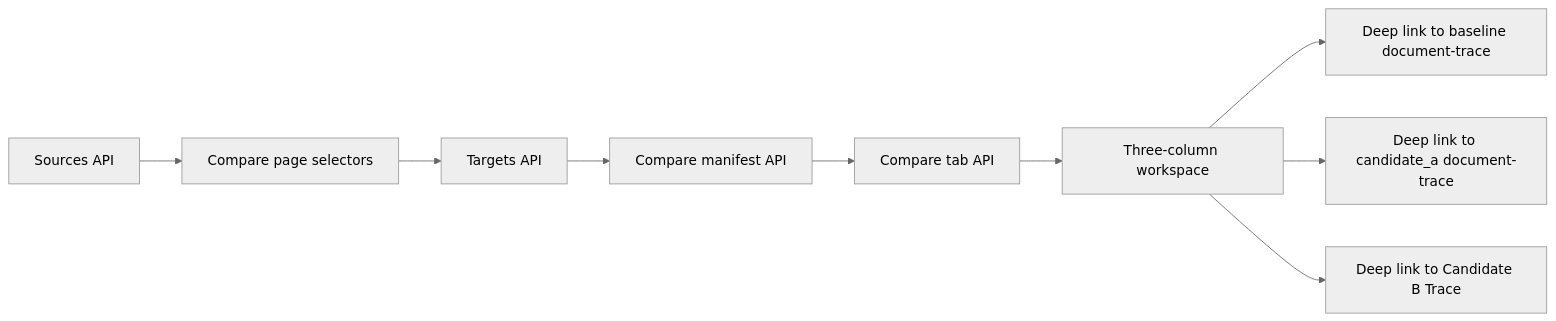
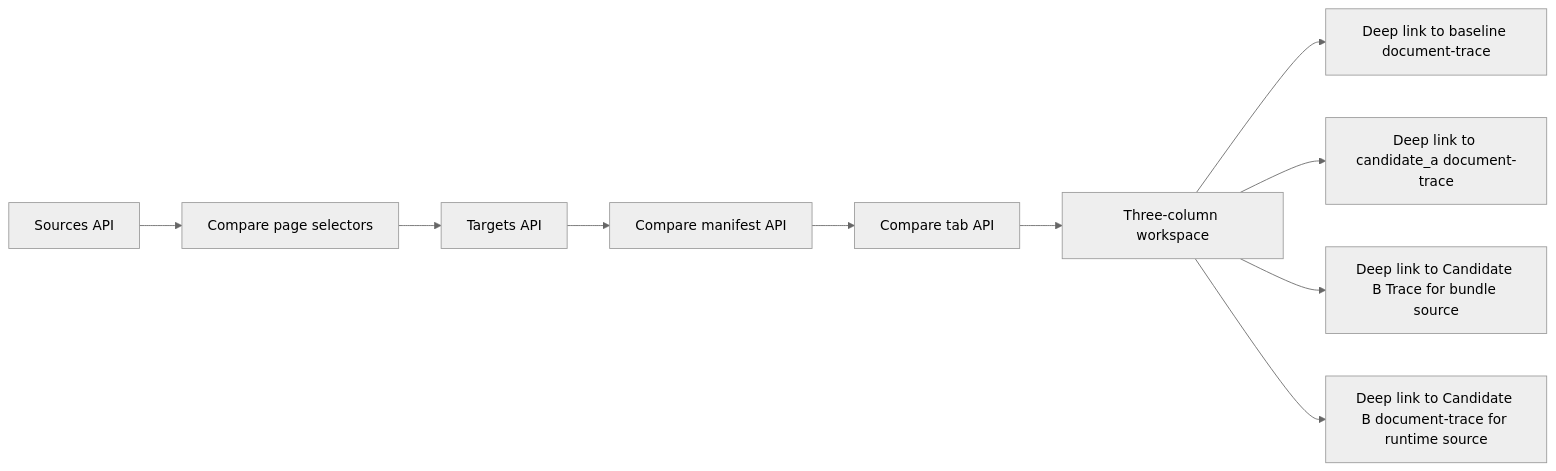
One commit to benjmcd/project6_REPO_MCP_FOLDER changed the diagram in frontend_UI_plans/wb-compare-blueprint.md. Above: the diagram before and after it, drawn with Mermaid (neutral theme). The commit also changed other lines of this file and 20 other files, not shown here.

Commit message:
feat(nrc-aps): expose candidate b compare runtime source

````diff
--- a/frontend_UI_plans/wb-compare-blueprint.md
+++ b/frontend_UI_plans/wb-compare-blueprint.md
@@ -19,11 +19,12 @@
 ```mermaid
 flowchart LR
   A["Sources API"] --> B["Compare page selectors"]
   B --> C["Targets API"]
   C --> D["Compare manifest API"]
   D --> E["Compare tab API"]
   E --> F["Three-column workspace"]
   F --> G["Deep link to baseline document-trace"]
   F --> H["Deep link to candidate_a document-trace"]
-  F --> I["Deep link to Candidate B Trace"]
+  F --> I["Deep link to Candidate B Trace for bundle source"]
+  F --> J["Deep link to Candidate B document-trace for runtime source"]
 ```
````
